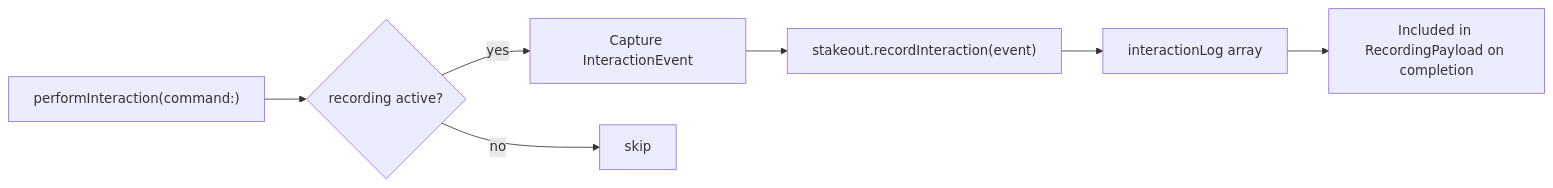
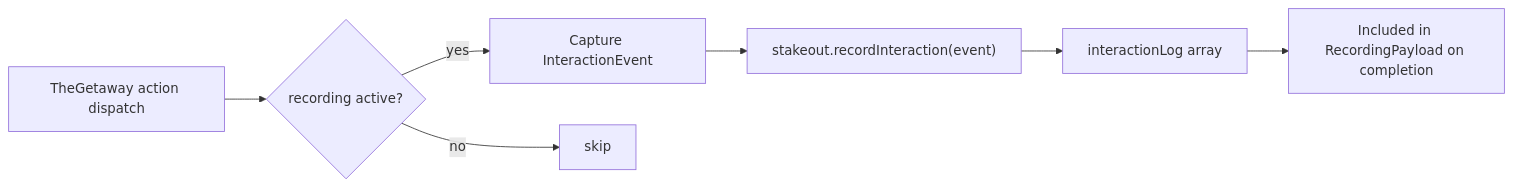
The fourth of 4 diagrams in docs/dossiers/16-THESTAKEOUT.md (RoyalPineapple/TheButtonHeist), drawn with Mermaid before and after one commit. The commit also changed other lines of this file and 36 other files, not shown here.

````diff
--- a/docs/dossiers/16-THESTAKEOUT.md
+++ b/docs/dossiers/16-THESTAKEOUT.md
@@ -97,9 +98,9 @@
 ```mermaid
 flowchart LR
-    PerformInt["performInteraction(command:)"] --> CheckRec{recording active?}
+    PerformInt["TheGetaway action dispatch"] --> CheckRec{recording active?}
     CheckRec -->|yes| Capture["Capture InteractionEvent"]
     Capture --> Append["stakeout.recordInteraction(event)"]
     Append --> Log["interactionLog array"]
     CheckRec -->|no| Skip["skip"]
     Log --> Finalize["Included in RecordingPayload on completion"]
 ```
````
